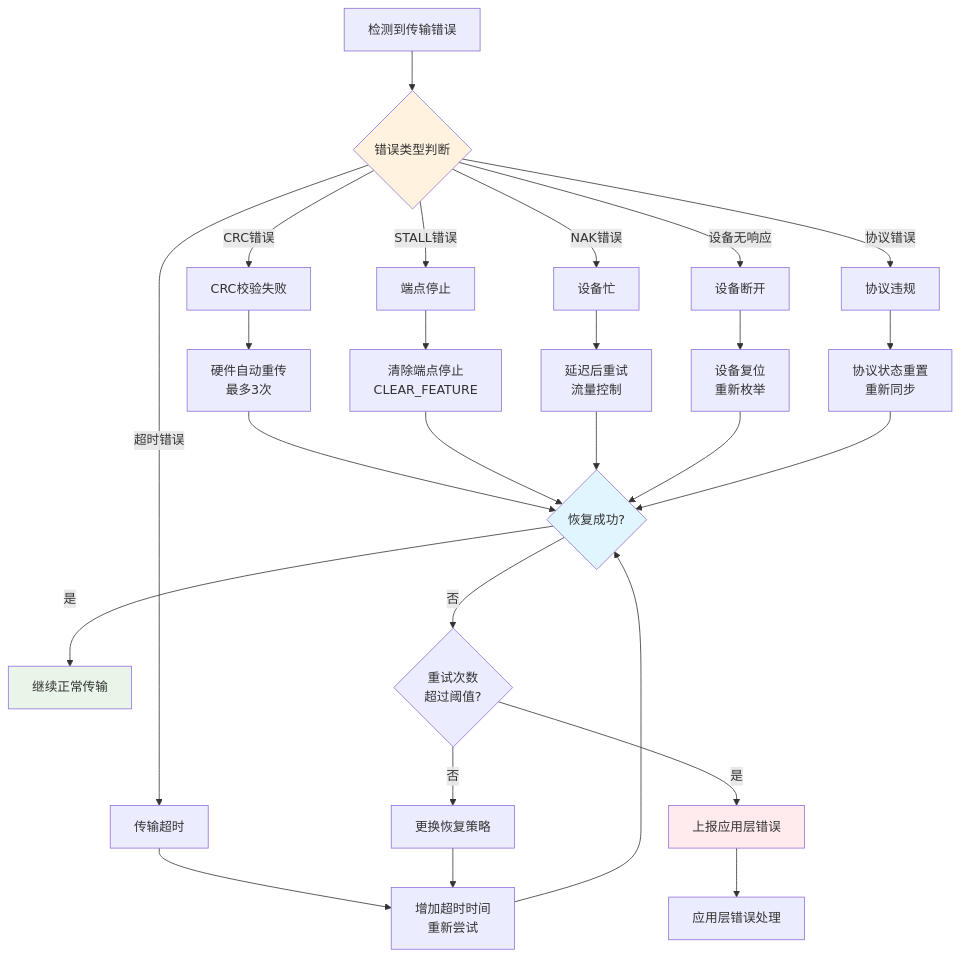
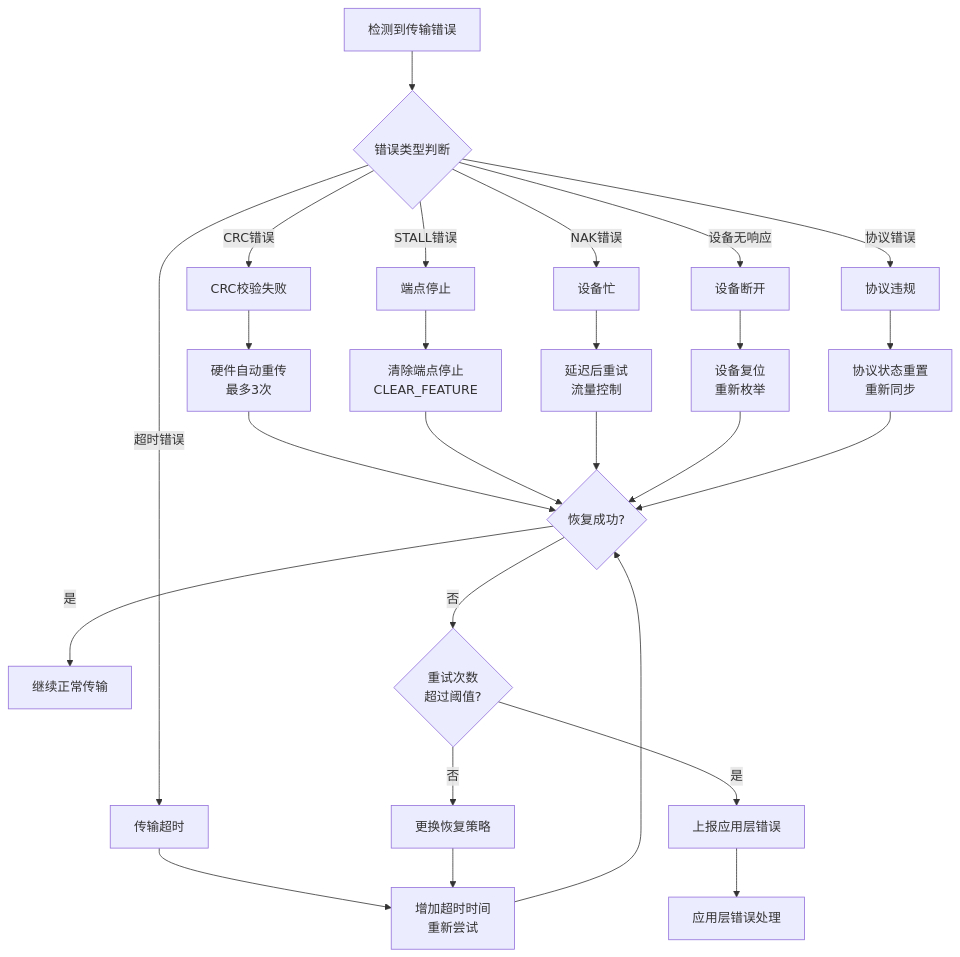
Diagram 14 of 21 in 08-USB架构图和流程图-可视化版.md (TbusOS/usb-learn), drawn with Mermaid before and after one commit. The commit also changed other lines of this file and 1 other file, not shown here.

````diff
--- a/08-USB架构图和流程图-可视化版.md
+++ b/08-USB架构图和流程图-可视化版.md
@@ -598,39 +586,36 @@
 ```mermaid
 flowchart TD
     A[检测到传输错误] --> B{错误类型判断}
     
     B --> |CRC错误| C[CRC校验失败]
     B --> |超时错误| D[传输超时]  
     B --> |STALL错误| E[端点停止]
     B --> |NAK错误| F[设备忙]
     B --> |设备无响应| G[设备断开]
     B --> |协议错误| H[协议违规]
     
     C --> C1[硬件自动重传<br/>最多3次]
     D --> D1[增加超时时间<br/>重新尝试]
     E --> E1[清除端点停止<br/>CLEAR_FEATURE]
     F --> F1[延迟后重试<br/>流量控制]
     G --> G1[设备复位<br/>重新枚举]
     H --> H1[协议状态重置<br/>重新同步]
     
     C1 --> I{恢复成功?}
     D1 --> I
     E1 --> I  
     F1 --> I
     G1 --> I
     H1 --> I
     
     I --> |是| J[继续正常传输]
     I --> |否| K{重试次数<br/>超过阈值?}
     
     K --> |否| L[更换恢复策略]
     K --> |是| M[上报应用层错误]
     
     L --> D1
     M --> N[应用层错误处理]
     
-    style B fill:#fff3e0
-    style I fill:#e1f5fe  
-    style J fill:#e8f5e8
-    style M fill:#ffebee
+
 ```
````
